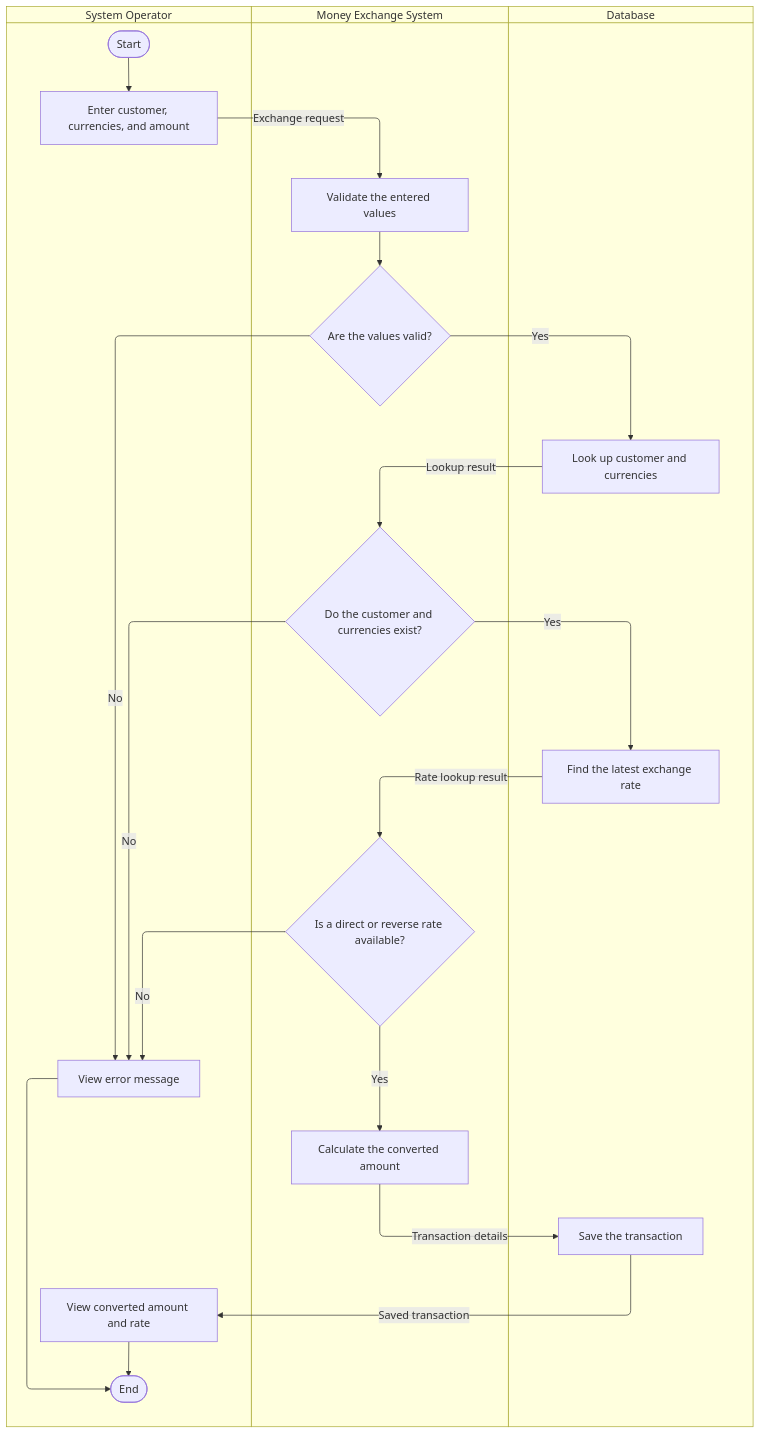
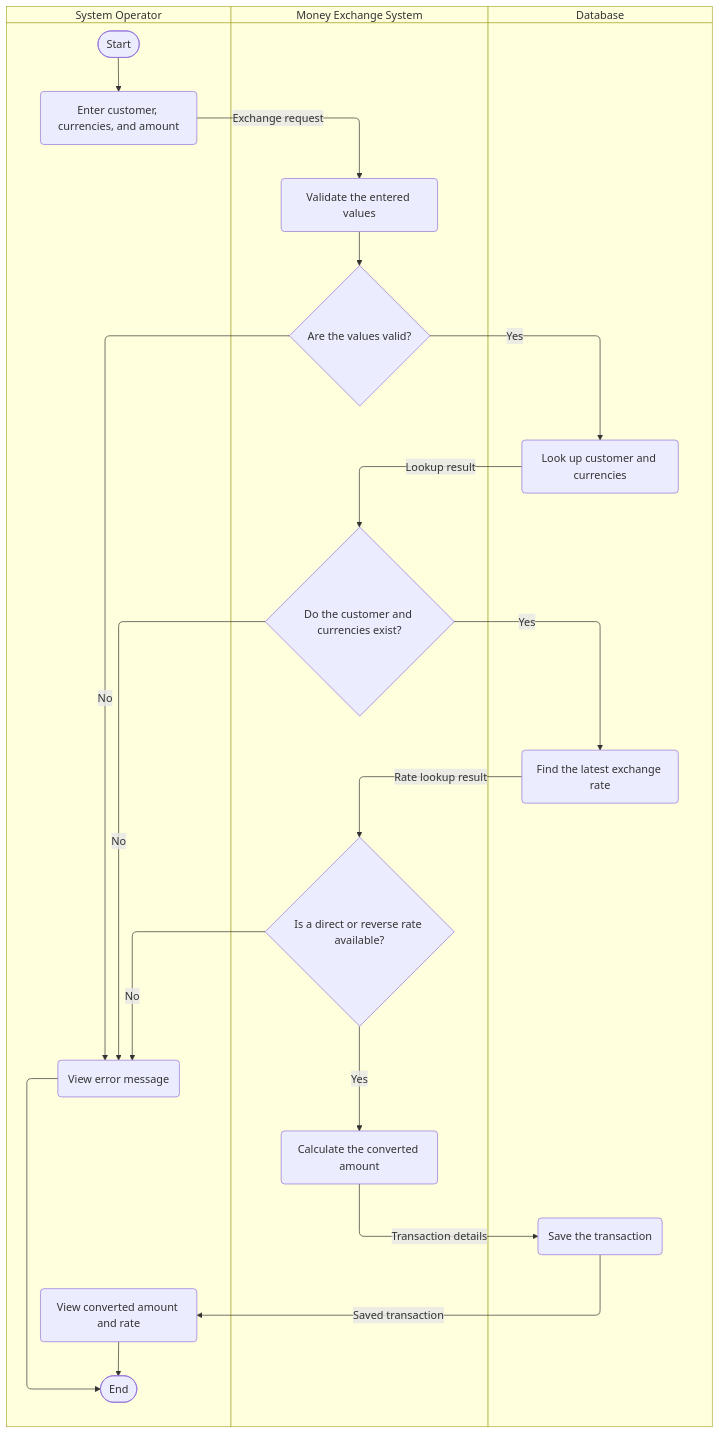
Before and after one commit to aleksandr-voitenko/MSE-800: the first of 2 diagrams in week4/activity2/README.md, drawn with Mermaid. The commit also changed other lines of this file, not shown here.

````diff
--- a/week4/activity2/README.md
+++ b/week4/activity2/README.md
@@ -11,35 +11,35 @@
 ```mermaid
 swimlane-beta TB
   accTitle: Exchange currency activity
 
   subgraph operator [System Operator]
     ex_start([Start])
-    ex_enter[Enter customer, currencies, and amount]
-    ex_result[View converted amount and rate]
-    ex_error[View error message]
+    ex_enter(Enter customer, currencies, and amount)
+    ex_result(View converted amount and rate)
+    ex_error(View error message)
     ex_end([End])
   end
 
   subgraph system [Money Exchange System]
-    ex_validate[Validate the entered values]
+    ex_validate(Validate the entered values)
     ex_valid{Are the values valid?}
     ex_records{Do the customer and currencies exist?}
     ex_rate{Is a direct or reverse rate available?}
-    ex_calculate[Calculate the converted amount]
+    ex_calculate(Calculate the converted amount)
   end
 
   subgraph database [Database]
-    ex_check[Look up customer and currencies]
-    ex_find_rate[Find the latest exchange rate]
-    ex_save[Save the transaction]
+    ex_check(Look up customer and currencies)
+    ex_find_rate(Find the latest exchange rate)
+    ex_save(Save the transaction)
   end
 
   ex_start --> ex_enter -->|Exchange request| ex_validate --> ex_valid
   ex_valid -->|No| ex_error --> ex_end
   ex_valid -->|Yes| ex_check -->|Lookup result| ex_records
   ex_records -->|No| ex_error
   ex_records -->|Yes| ex_find_rate -->|Rate lookup result| ex_rate
   ex_rate -->|No| ex_error
   ex_rate -->|Yes| ex_calculate -->|Transaction details| ex_save
   ex_save -->|Saved transaction| ex_result --> ex_end
 ```
````
